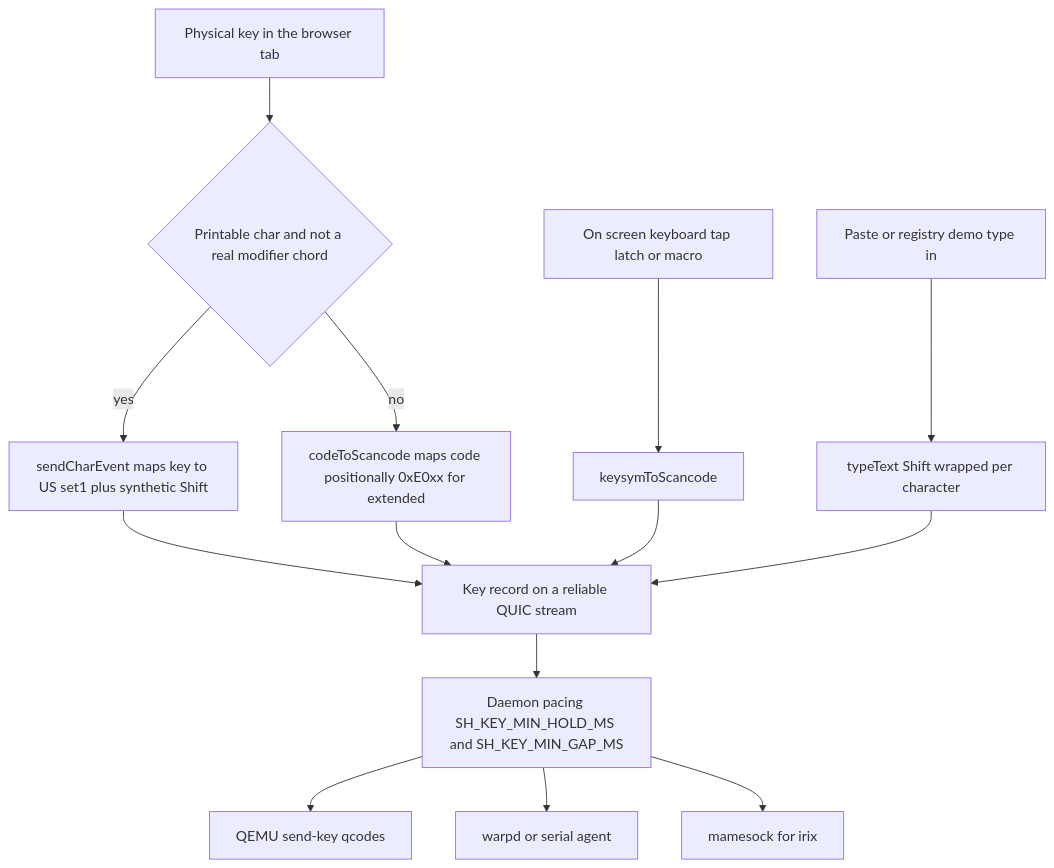
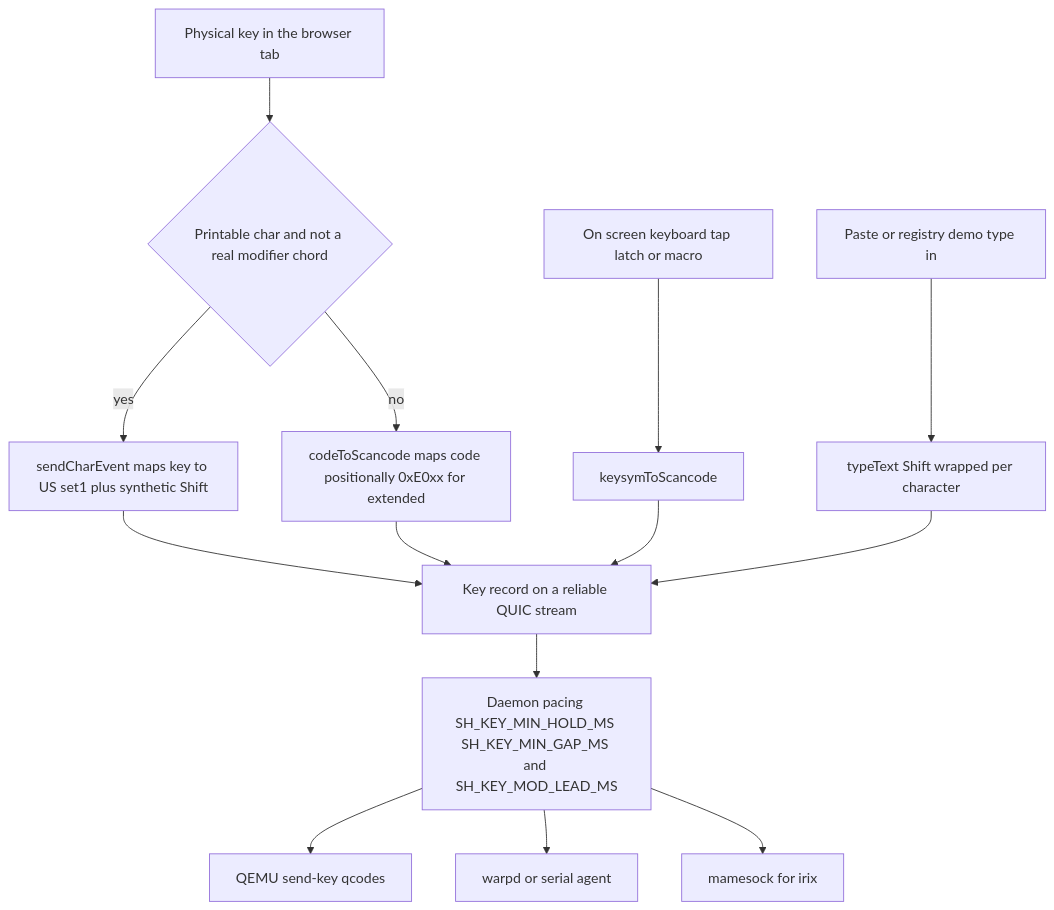
One commit to Wnt/kernel-hive changed the second of 4 diagrams in docs/IO-PATHS.md. Above: the diagram before and after it, drawn with Mermaid. The commit also changed other lines of this file and 7 other files, not shown here.

````diff
--- a/docs/IO-PATHS.md
+++ b/docs/IO-PATHS.md
@@ -153,16 +153,16 @@
 ```mermaid
 flowchart TD
   PK[Physical key in the browser tab] --> D{Printable char and not a real modifier chord}
   D -- yes --> CH[sendCharEvent maps key to US set1 plus synthetic Shift]
   D -- no --> PO[codeToScancode maps code positionally 0xE0xx for extended]
   OSK[On screen keyboard tap latch or macro] --> KS[keysymToScancode]
   TXT[Paste or registry demo type in] --> TT[typeText Shift wrapped per character]
   CH --> WIRE[Key record on a reliable QUIC stream]
   PO --> WIRE
   KS --> WIRE
   TT --> WIRE
-  WIRE --> PACE[Daemon pacing SH_KEY_MIN_HOLD_MS and SH_KEY_MIN_GAP_MS]
+  WIRE --> PACE[Daemon pacing SH_KEY_MIN_HOLD_MS SH_KEY_MIN_GAP_MS and SH_KEY_MOD_LEAD_MS]
   PACE --> QK[QEMU send-key qcodes]
   PACE --> WA[warpd or serial agent]
   PACE --> MS[mamesock for irix]
 ```
````
